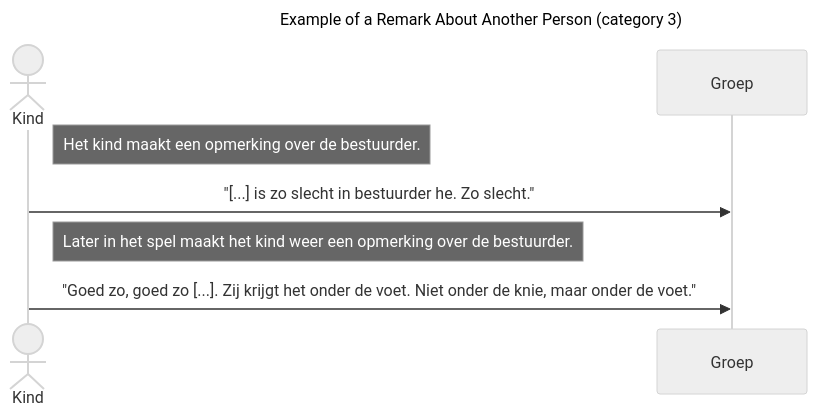
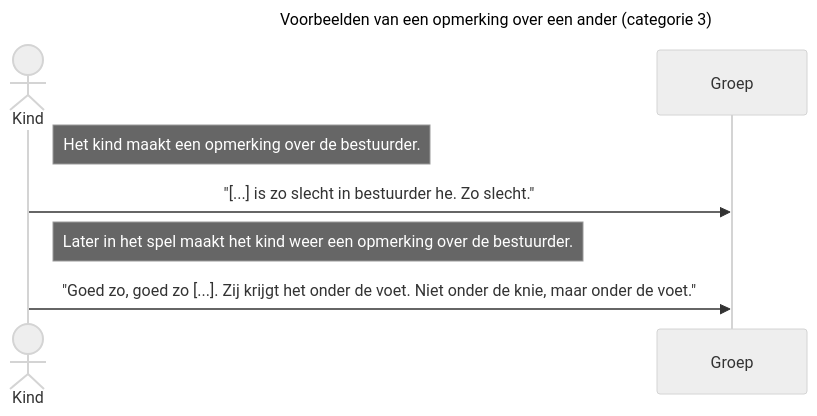
One commit to Dionysi/AnnotationTool-Release changed the third of 10 diagrams in Annotation-rules-refactor.md. Above: the diagram before and after it, drawn with Mermaid (neutral theme). The commit also changed other lines of this file, not shown here.

````diff
--- a/Annotation-rules-refactor.md
+++ b/Annotation-rules-refactor.md
@@ -70,10 +70,10 @@
     ```mermaid
     sequenceDiagram
-        title Example of a Remark About Another Person (category 3) 
+        title Voorbeelden van een opmerking over een ander (categorie 3)
         actor Kind
         Note right of Kind: Het kind maakt een opmerking over de bestuurder.
         Kind->>Groep: "[...] is zo slecht in bestuurder he. Zo slecht."
     
         Note right of Kind: Later in het spel maakt het kind weer een opmerking over de bestuurder.
         Kind->>Groep: "Goed zo, goed zo [...]. Zij krijgt het onder de voet. Niet onder de knie, maar onder de voet."
     ```
````
